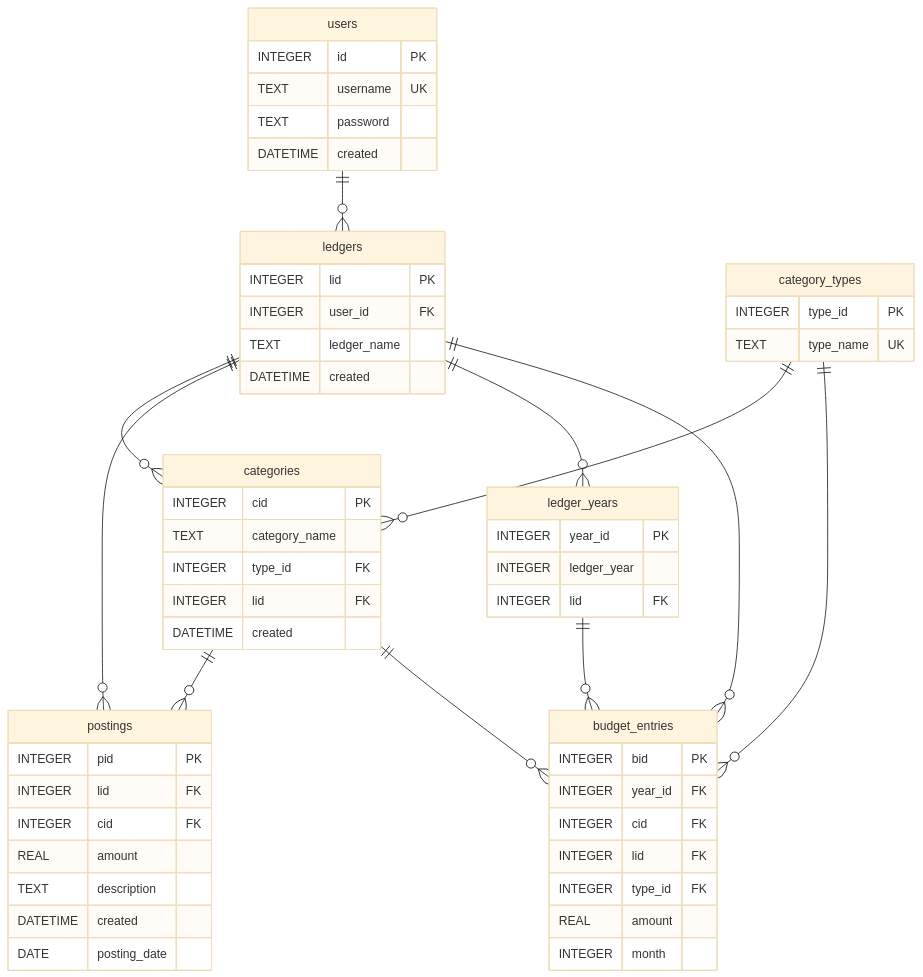
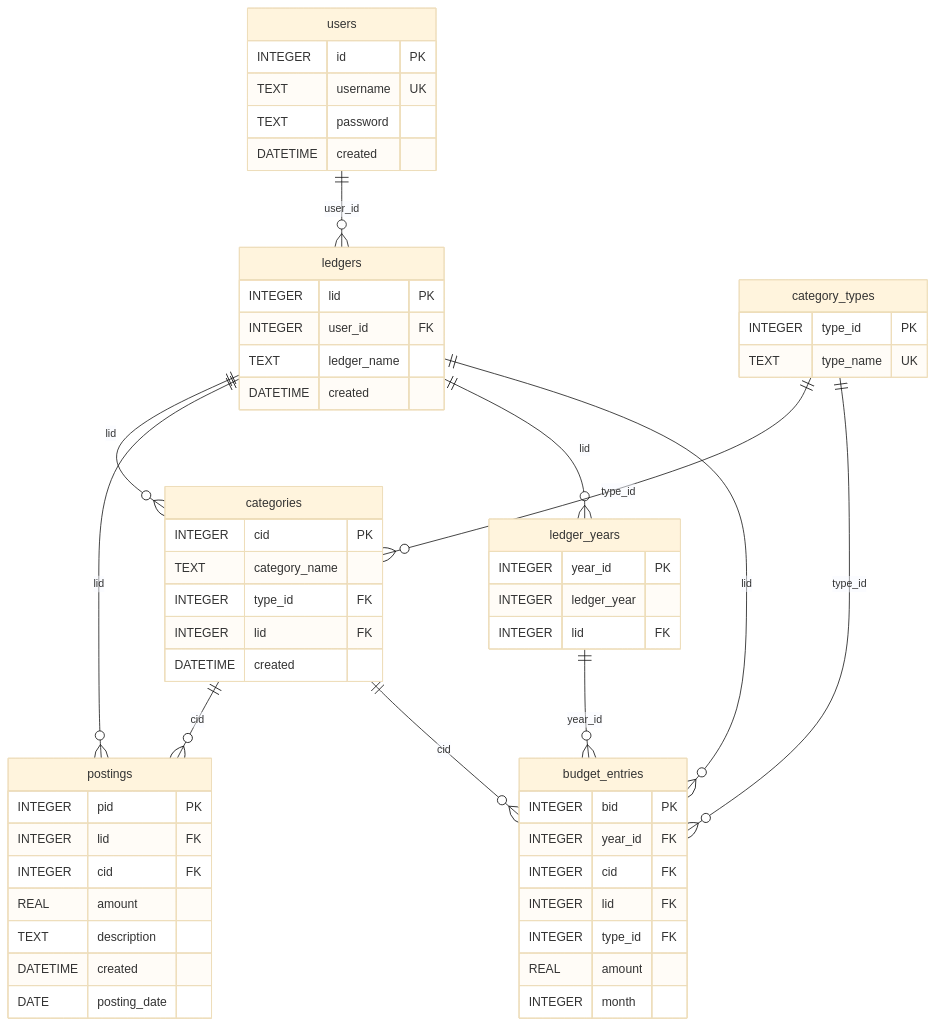
The diagram in docs/entity_relationship.md (pgh911/DIS-project-group-47), drawn with Mermaid (base theme) before and after one commit. The commit also changed other lines of this file, not shown here.

````diff
--- a/docs/entity_relationship.md
+++ b/docs/entity_relationship.md
@@ -3,66 +3,66 @@
 ```mermaid
 erDiagram
     users {
         INTEGER id PK
         TEXT username UK
         TEXT password
         DATETIME created
     }
 
     ledgers {
         INTEGER lid PK
         INTEGER user_id FK
         TEXT ledger_name
         DATETIME created
     }
 
     category_types {
         INTEGER type_id PK
         TEXT type_name UK
     }
 
     categories {
         INTEGER cid PK
         TEXT category_name
         INTEGER type_id FK
         INTEGER lid FK
         DATETIME created
     }
 
     postings {
         INTEGER pid PK
         INTEGER lid FK
         INTEGER cid FK
         REAL amount
         TEXT description
         DATETIME created
         DATE posting_date
     }
 
     ledger_years {
         INTEGER year_id PK
         INTEGER ledger_year
         INTEGER lid FK
     }
 
     budget_entries {
         INTEGER bid PK
         INTEGER year_id FK
         INTEGER cid FK
         INTEGER lid FK
         INTEGER type_id FK
         REAL amount
         INTEGER month
     }
 
-    users ||--o{ ledgers : ""
-    ledgers ||--o{ categories : ""
-    ledgers ||--o{ postings : ""
-    ledgers ||--o{ ledger_years : ""
-    ledgers ||--o{ budget_entries : ""
-    category_types ||--o{ categories : ""
-    category_types ||--o{ budget_entries : ""
-    categories ||--o{ postings : ""
-    categories ||--o{ budget_entries : ""
-    ledger_years ||--o{ budget_entries : ""
+    users ||--o{ ledgers : "user_id"
+    ledgers ||--o{ categories : "lid"
+    ledgers ||--o{ postings : "lid"
+    ledgers ||--o{ ledger_years : "lid"
+    ledgers ||--o{ budget_entries : "lid"
+    category_types ||--o{ categories : "type_id"
+    category_types ||--o{ budget_entries : "type_id"
+    categories ||--o{ postings : "cid"
+    categories ||--o{ budget_entries : "cid"
+    ledger_years ||--o{ budget_entries : "year_id"
 ```
````
